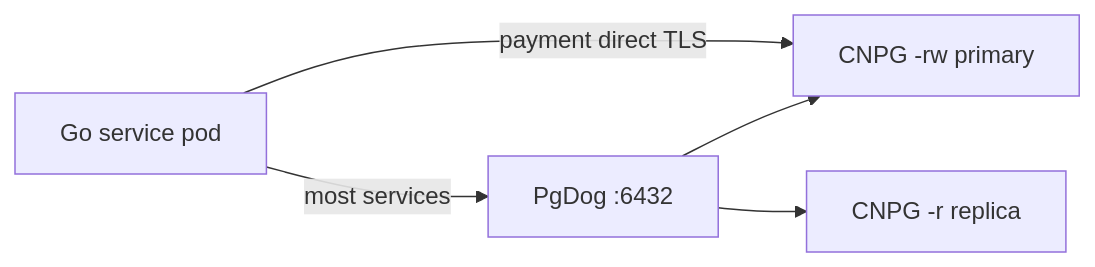
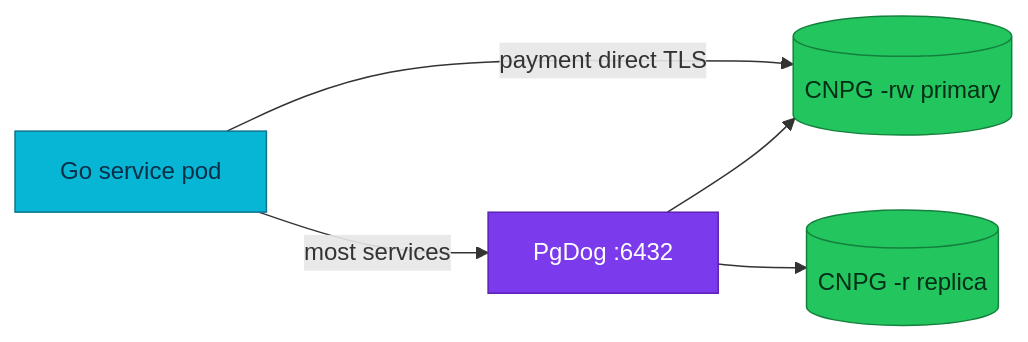
The second of 2 diagrams in docs/observability/metrics/postgresql/workflows.md (duynhlab/homelab), drawn with Mermaid before and after one commit. The commit also changed other lines of this file and 14 other files, not shown here.

````diff
--- a/docs/observability/metrics/postgresql/workflows.md
+++ b/docs/observability/metrics/postgresql/workflows.md
@@ -39,12 +39,19 @@
 ```mermaid
 flowchart LR
   app["Go service pod"]
   pgdog["PgDog :6432"]
-  cnpg_rw["CNPG -rw primary"]
-  cnpg_r["CNPG -r replica"]
+  cnpg_rw[("CNPG -rw primary")]
+  cnpg_r[("CNPG -r replica")]
 
   app -->|"most services"| pgdog
   pgdog --> cnpg_rw
   pgdog --> cnpg_r
   app -->|"payment direct TLS"| cnpg_rw
+
+  classDef service fill:#06b6d4,color:#082f49,stroke:#0e7490;
+  classDef platform fill:#7c3aed,color:#fff,stroke:#5b21b6;
+  classDef data fill:#22c55e,color:#052e16,stroke:#15803d;
+  class app service;
+  class pgdog platform;
+  class cnpg_rw,cnpg_r data;
 ```
````
